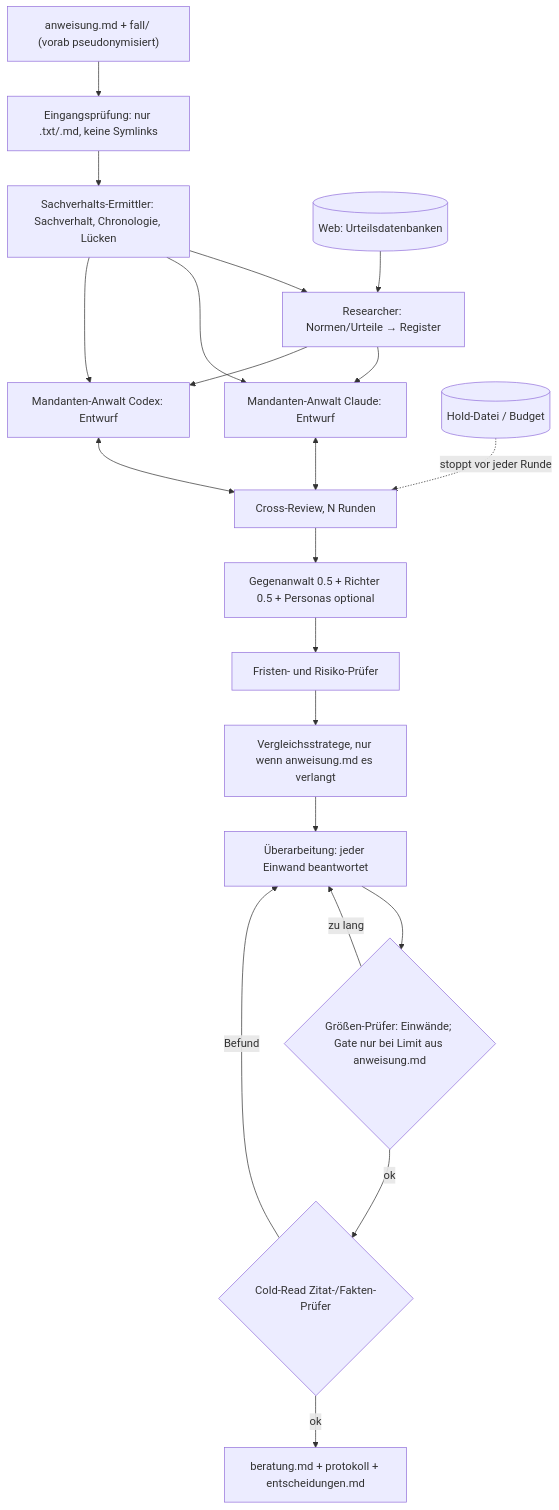
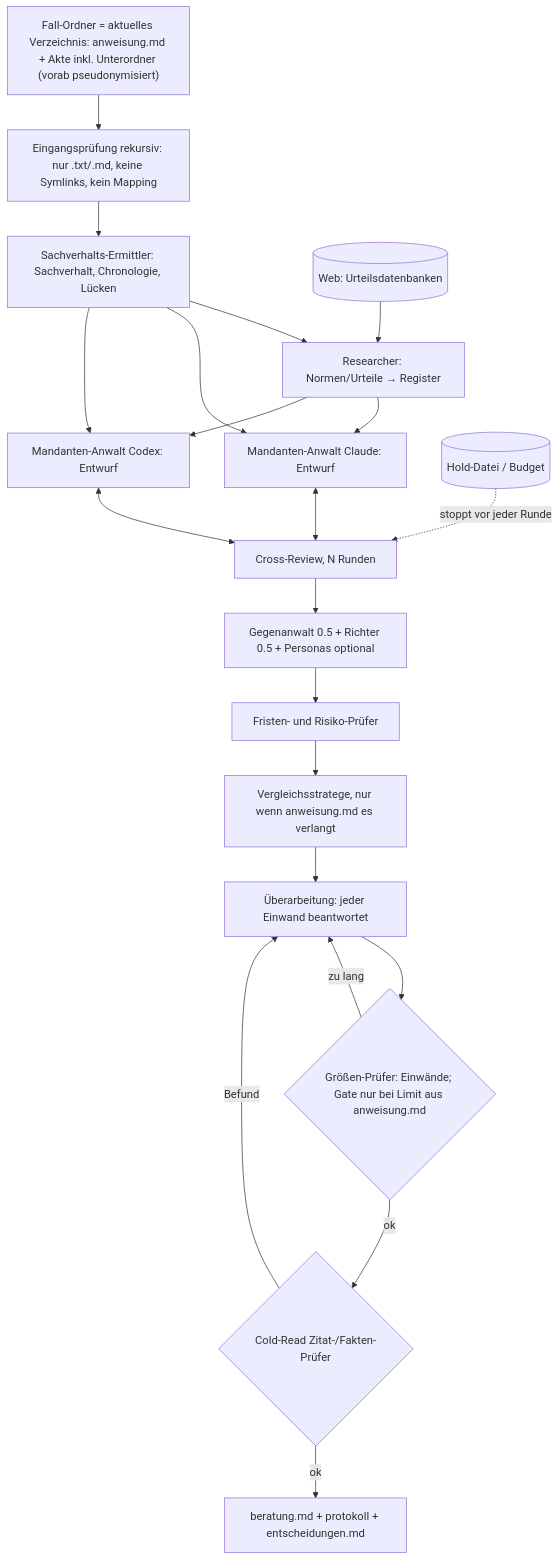
The diagram in docs/specs/spec-ki-rechtsberatung/ablauf-diagramm.md (wurstbrot/ai-legal), drawn with Mermaid before and after one commit. The commit also changed 10 other files, not shown here.

````diff
--- a/docs/specs/spec-ki-rechtsberatung/ablauf-diagramm.md
+++ b/docs/specs/spec-ki-rechtsberatung/ablauf-diagramm.md
@@ -3,23 +3,23 @@
 ```mermaid
 flowchart TD
-  A["anweisung.md + fall/ (vorab pseudonymisiert)"] --> P["Eingangsprüfung: nur .txt/.md, keine Symlinks"]
+  A["Fall-Ordner = aktuelles Verzeichnis: anweisung.md + Akte inkl. Unterordner (vorab pseudonymisiert)"] --> P["Eingangsprüfung rekursiv: nur .txt/.md, keine Symlinks, kein Mapping"]
   P --> S[Sachverhalts-Ermittler: Sachverhalt, Chronologie, Lücken]
   S --> R[Researcher: Normen/Urteile → Register]
   S --> E1[Mandanten-Anwalt Claude: Entwurf]
   S --> E2[Mandanten-Anwalt Codex: Entwurf]
   W[(Web: Urteilsdatenbanken)] --> R
   R --> E1
   R --> E2
   E1 <--> X[Cross-Review, N Runden]
   E2 <--> X
   X --> G[Gegenanwalt 0.5 + Richter 0.5 + Personas optional]
   G --> F[Fristen- und Risiko-Prüfer]
   F --> V[Vergleichsstratege, nur wenn anweisung.md es verlangt]
   V --> U[Überarbeitung: jeder Einwand beantwortet]
   U --> L{Größen-Prüfer: Einwände; Gate nur bei Limit aus anweisung.md}
   L -- zu lang --> U
   L -- ok --> C{Cold-Read Zitat-/Fakten-Prüfer}
   C -- Befund --> U
   C -- ok --> O[beratung.md + protokoll + entscheidungen.md]
   H[(Hold-Datei / Budget)] -. stoppt vor jeder Runde .-> X
 ```
````
